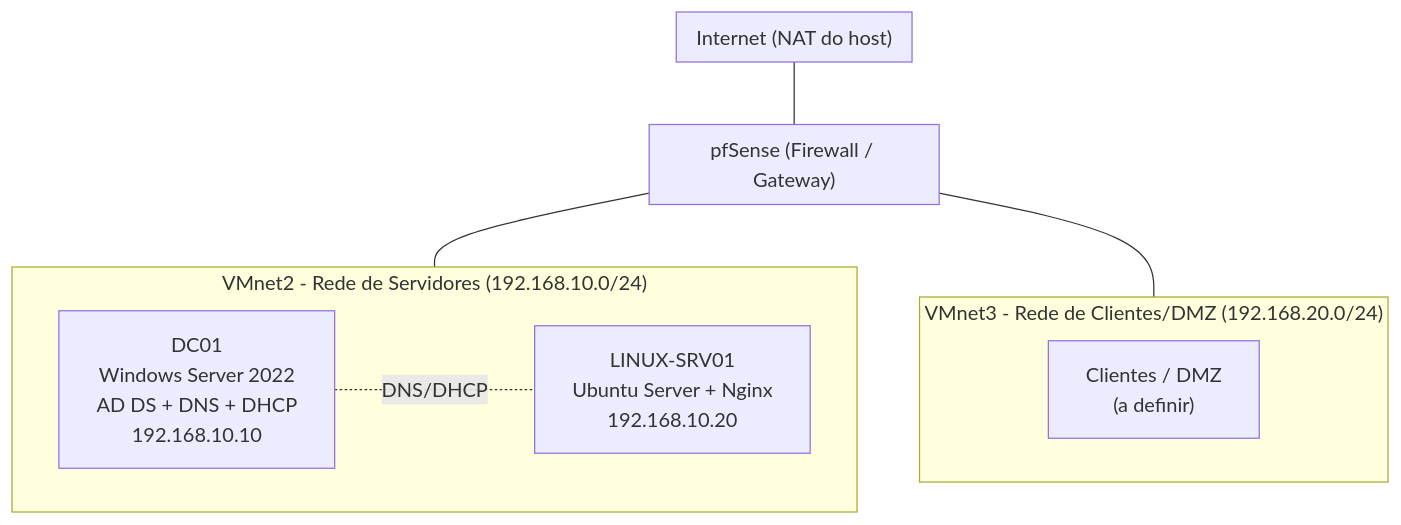
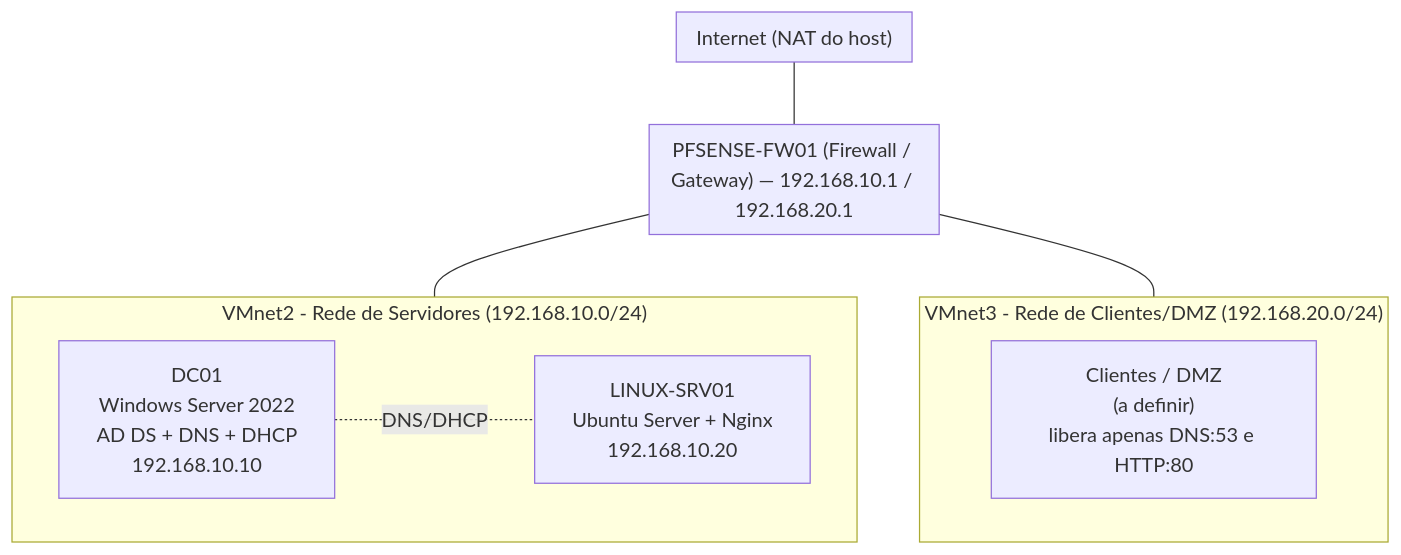
One commit to LucasAmaro1/home-datacenter-lab changed the diagram in README.md. Above: the diagram before and after it, drawn with Mermaid. The commit also changed other lines of this file, not shown here.

Commit message:
Atualiza README com o pfSense implantado
Marca a etapa do pfSense como concluída no checklist, atualiza a tabela de ferramentas e o diagrama de arquitetura com o firewall/gateway e as regras de acesso entre redes.

````diff
--- a/README.md
+++ b/README.md
@@ -17,22 +17,22 @@
 ```mermaid
 graph TB
     subgraph Internet["Internet (NAT do host)"]
     end
 
-    subgraph pfSense["pfSense (Firewall / Gateway)"]
+    subgraph pfSense["PFSENSE-FW01 (Firewall / Gateway) — 192.168.10.1 / 192.168.20.1"]
     end
 
     subgraph VMnet2["VMnet2 - Rede de Servidores (192.168.10.0/24)"]
         DC01["DC01<br/>Windows Server 2022<br/>AD DS + DNS + DHCP<br/>192.168.10.10"]
         LINUX["LINUX-SRV01<br/>Ubuntu Server + Nginx<br/>192.168.10.20"]
     end
 
     subgraph VMnet3["VMnet3 - Rede de Clientes/DMZ (192.168.20.0/24)"]
-        CLIENTS["Clientes / DMZ<br/>(a definir)"]
+        CLIENTS["Clientes / DMZ<br/>(a definir)<br/>libera apenas DNS:53 e HTTP:80"]
     end
 
     Internet --- pfSense
     pfSense --- VMnet2
     pfSense --- VMnet3
     DC01 -.DNS/DHCP.- LINUX
 ```
````
